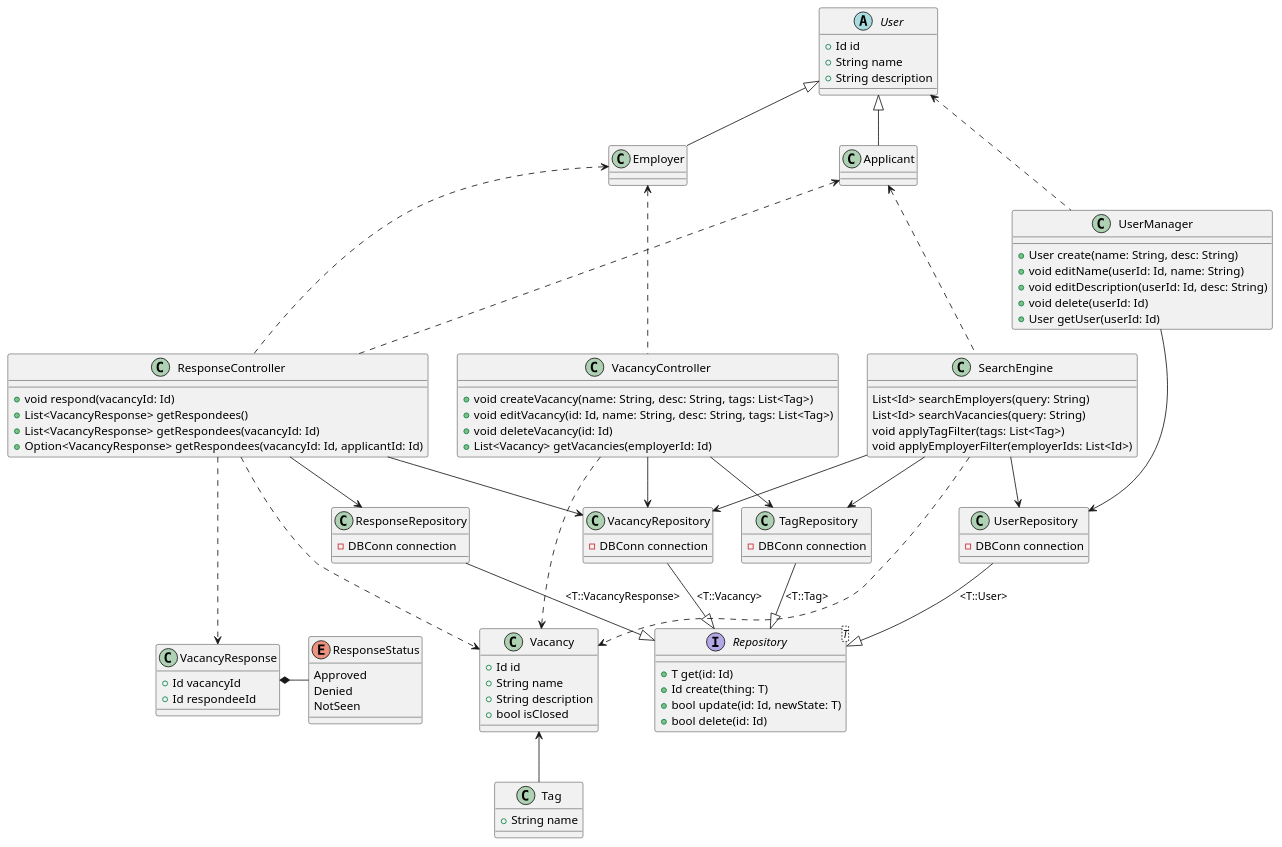
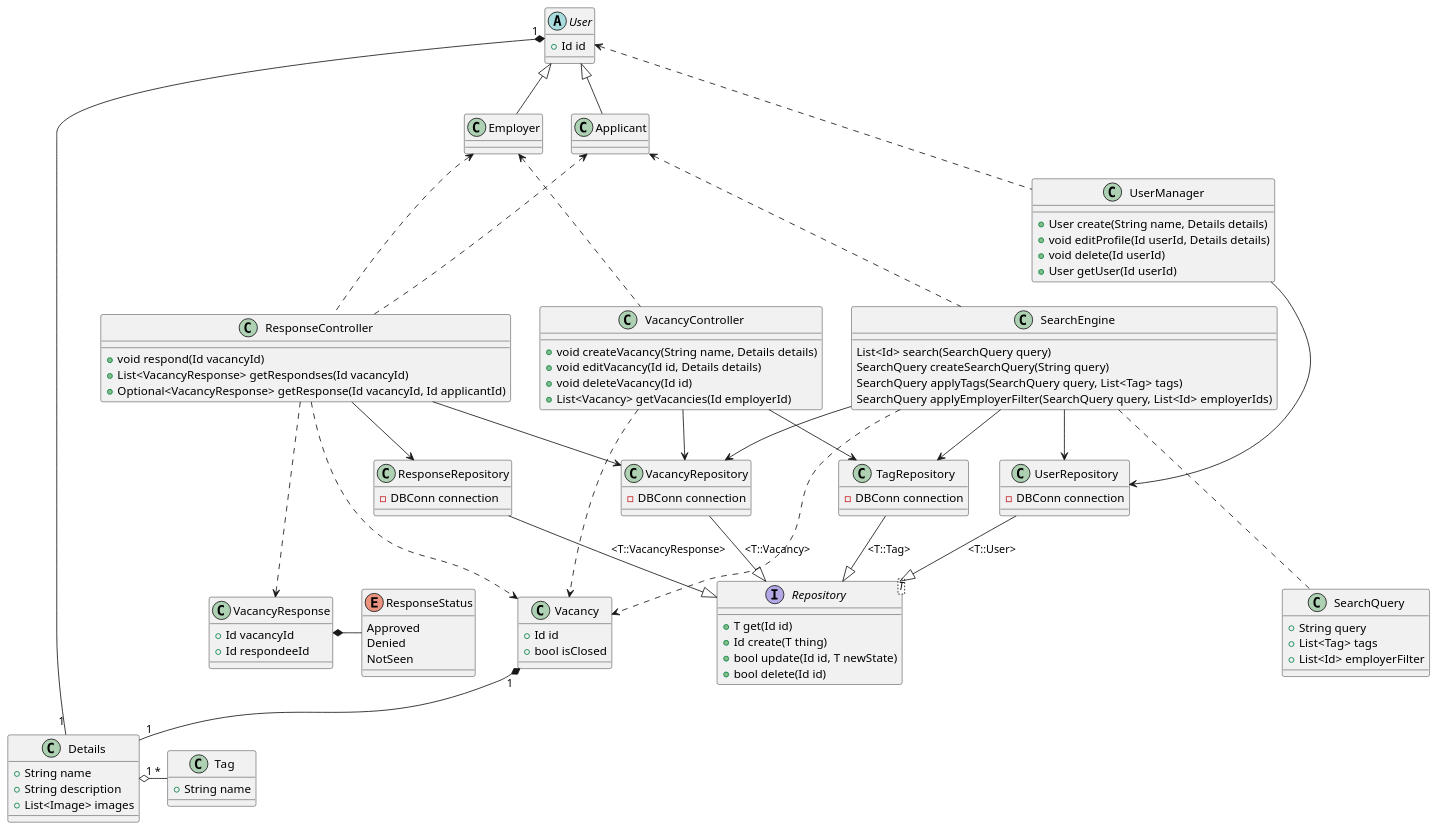
One commit to gmatiukhin/prog-eng changed the diagram in lab3/diagrams/classes.plantuml. Above: the diagram before and after it, drawn with PlantUML.

Commit message:
lab 3 class diagram

```diff
--- a/lab3/diagrams/classes.plantuml
+++ b/lab3/diagrams/classes.plantuml
@@ -1,124 +1,134 @@
 @startuml
 allowmixing
 
+class Details {
+  + String name
+  + String description
+  + List<Image> images
+}
+
 abstract User {
   + Id id
-  + String name
-  + String description
 }
 
 class Applicant
 
 class Employer
 
 class UserManager {
-  + User create(name: String, desc: String)
-  + void editName(userId: Id, name: String)
-  + void editDescription(userId: Id, desc: String)
-  + void delete(userId: Id)
-  + User getUser(userId: Id)
+  + User create(String name, Details details)
+  + void editProfile(Id userId, Details details)
+  + void delete(Id userId)
+  + User getUser(Id userId)
 }
 
 class VacancyController {
-  + void createVacancy(name: String, desc: String, tags: List<Tag>)
-  + void editVacancy(id: Id, name: String, desc: String, tags: List<Tag>)
-  + void deleteVacancy(id: Id)
-  + List<Vacancy> getVacancies(employerId: Id)
+  + void createVacancy(String name, Details details)
+  + void editVacancy(Id id, Details details)
+  + void deleteVacancy(Id id)
+  + List<Vacancy> getVacancies(Id employerId)
 }
 
 class ResponseController {
-  + void respond(vacancyId: Id)
-  + List<VacancyResponse> getRespondees()
-  + List<VacancyResponse> getRespondees(vacancyId: Id)
-  + Option<VacancyResponse> getRespondees(vacancyId: Id, applicantId: Id)
+  + void respond(Id vacancyId)
+  + List<VacancyResponse> getRespondses(Id vacancyId)
+  + Optional<VacancyResponse> getResponse(Id vacancyId, Id applicantId)
 }
 
 class Vacancy {
   + Id id
-  + String name
-  + String description
   + bool isClosed
 }
 
 class VacancyResponse {
   + Id vacancyId
   + Id respondeeId
 }
 
 enum ResponseStatus {
   Approved
   Denied
   NotSeen
 }
 
 class Tag {
   + String name
 }
 
 class SearchEngine {
-  List<Id> searchEmployers(query: String)
-  List<Id> searchVacancies(query: String)
-  void applyTagFilter(tags: List<Tag>)
-  void applyEmployerFilter(employerIds: List<Id>)
+  List<Id> search(SearchQuery query)
+  SearchQuery createSearchQuery(String query)
+  SearchQuery applyTags(SearchQuery query, List<Tag> tags)
+  SearchQuery applyEmployerFilter(SearchQuery query, List<Id> employerIds)
+}
+
+class SearchQuery {
+  + String query
+  + List<Tag> tags
+  + List<Id> employerFilter
 }
 
 interface Repository<T> {
-  + T get(id: Id)
-  + Id create(thing: T)
-  + bool update(id: Id, newState: T)
-  + bool delete(id: Id)
+  + T get(Id id)
+  + Id create(T thing)
+  + bool update(Id id, T newState)
+  + bool delete(Id id)
 }
 
 class VacancyRepository {
   - DBConn connection
 }
 
 class UserRepository {
   - DBConn connection
 }
 
 class TagRepository {
   - DBConn connection
 }
 
 class ResponseRepository {
   - DBConn connection
 }
 
+User "1" *-- "1" Details
+
 User <|-- Employer
 User <|-- Applicant
 
 Employer <-. VacancyController
 Employer <-. ResponseController
 Applicant <-. SearchEngine
 Applicant <-. ResponseController
 
 User <-. UserManager
 
-Vacancy <-- Tag
+Vacancy "1" *-- "1" Details
+Details "1" o- "*" Tag
 
 VacancyResponse *- ResponseStatus
 
 VacancyRepository --|> Repository:<T::Vacancy>
 UserRepository --|> Repository:<T::User>
 TagRepository --|> Repository:<T::Tag>
 ResponseRepository --|> Repository:<T::VacancyResponse>
 
 UserManager --> UserRepository
 
 VacancyController --> VacancyRepository
 VacancyController --> TagRepository
 VacancyController -.-> Vacancy
 
 SearchEngine --> VacancyRepository
 SearchEngine --> UserRepository
 SearchEngine --> TagRepository
+SearchEngine -.- SearchQuery
 
 ResponseController --> VacancyRepository
 ResponseController --> ResponseRepository
 ResponseController -.-> Vacancy
 ResponseController -.-> VacancyResponse
 
 SearchEngine -.-> Vacancy
 
 @enduml
```
